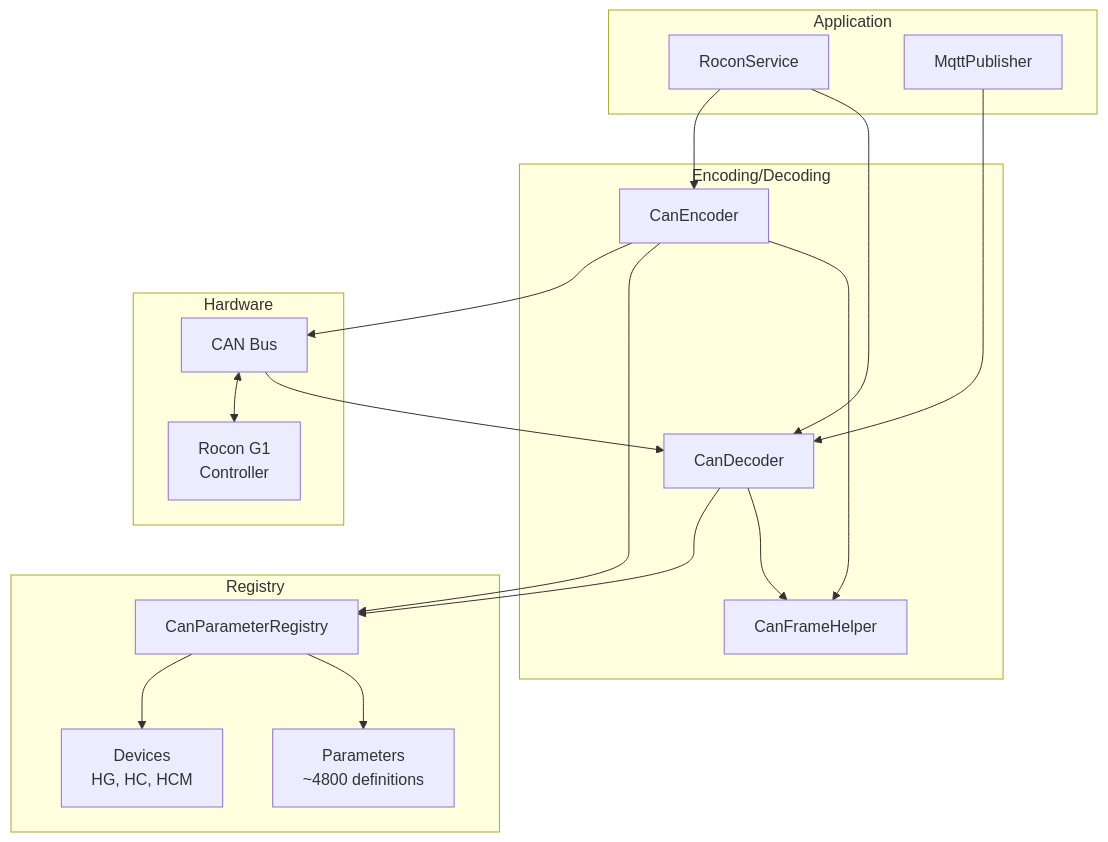
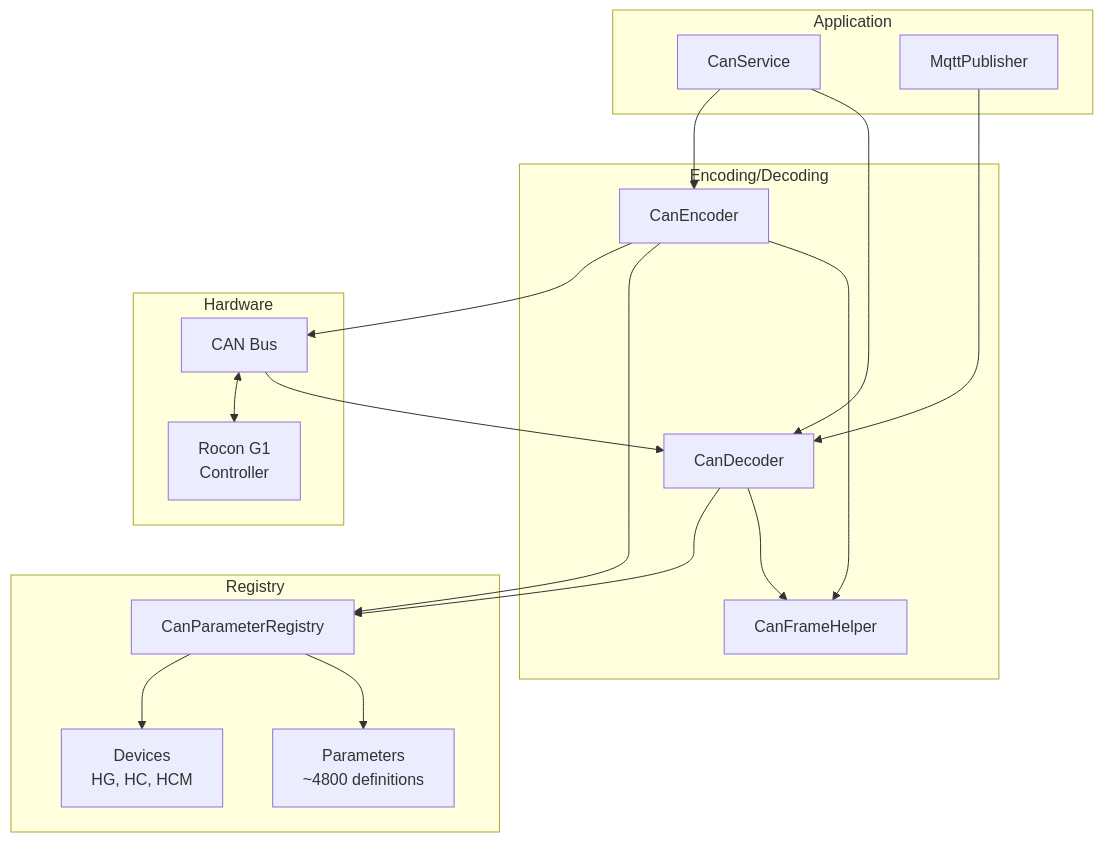
One commit to DoctaShizzle/rotex-rocon2mqtt changed the first of 6 diagrams in docu/CAN.md. Above: the diagram before and after it, drawn with Mermaid. The commit also changed other lines of this file and 10 other files, not shown here.

````diff
--- a/docu/CAN.md
+++ b/docu/CAN.md
@@ -9,37 +9,37 @@
 ```mermaid
 graph TB
     subgraph Application
-        RS[RoconService]
+        RS[CanService]
         MQTT[MqttPublisher]
     end
     
     subgraph Encoding/Decoding
         DEC[CanDecoder]
         ENC[CanEncoder]
         FH[CanFrameHelper]
     end
     
     subgraph Registry
         REG[CanParameterRegistry]
         PARAMS[Parameters<br/>~4800 definitions]
         DEVICES[Devices<br/>HG, HC, HCM]
     end
     
     subgraph Hardware
         CAN[CAN Bus]
         CTRL[Rocon G1<br/>Controller]
     end
     
     RS --> DEC
     RS --> ENC
     MQTT --> DEC
     DEC --> FH
     ENC --> FH
     DEC --> REG
     ENC --> REG
     REG --> PARAMS
     REG --> DEVICES
     ENC --> CAN
     CAN --> DEC
     CAN <--> CTRL
 ```
````
